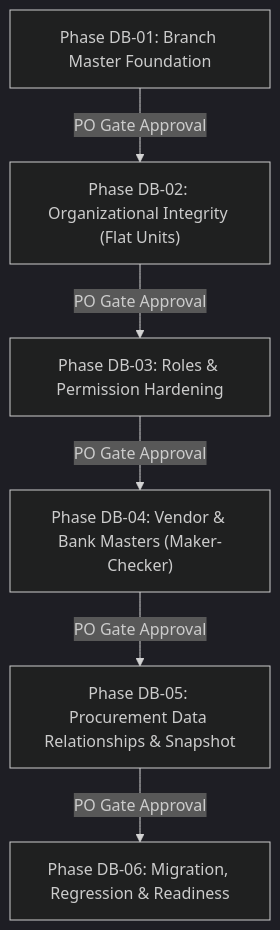
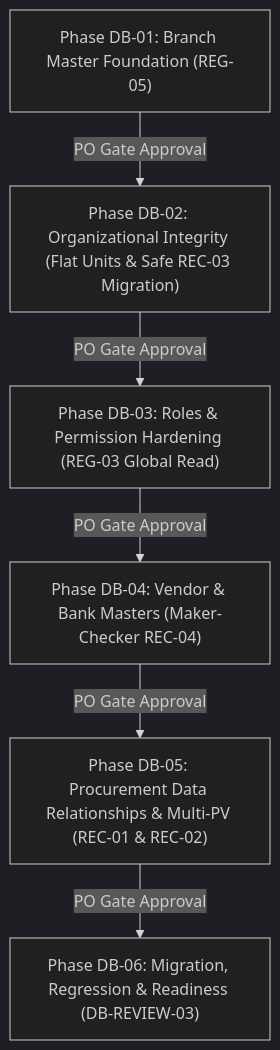
Before and after one commit to beerrros04/blc-procurement: the second of 2 diagrams in docs/database/database-hardening-plan.md, drawn with Mermaid (dark theme). The commit also changed other lines of this file and 16 other files, not shown here.

````diff
--- a/docs/database/database-hardening-plan.md
+++ b/docs/database/database-hardening-plan.md
@@ -107,15 +119,15 @@
 ```mermaid
 flowchart TD
-    DB01["Phase DB-01: Branch Master Foundation"]
-    DB02["Phase DB-02: Organizational Integrity (Flat Units)"]
-    DB03["Phase DB-03: Roles & Permission Hardening"]
-    DB04["Phase DB-04: Vendor & Bank Masters (Maker-Checker)"]
-    DB05["Phase DB-05: Procurement Data Relationships & Snapshot"]
-    DB06["Phase DB-06: Migration, Regression & Readiness"]
+    DB01["Phase DB-01: Branch Master Foundation (REG-05)"]
+    DB02["Phase DB-02: Organizational Integrity (Flat Units & Safe REC-03 Migration)"]
+    DB03["Phase DB-03: Roles & Permission Hardening (REG-03 Global Read)"]
+    DB04["Phase DB-04: Vendor & Bank Masters (Maker-Checker REC-04)"]
+    DB05["Phase DB-05: Procurement Data Relationships & Multi-PV (REC-01 & REC-02)"]
+    DB06["Phase DB-06: Migration, Regression & Readiness (DB-REVIEW-03)"]
 
     DB01 -->|PO Gate Approval| DB02
     DB02 -->|PO Gate Approval| DB03
     DB03 -->|PO Gate Approval| DB04
     DB04 -->|PO Gate Approval| DB05
     DB05 -->|PO Gate Approval| DB06
 ```
````
